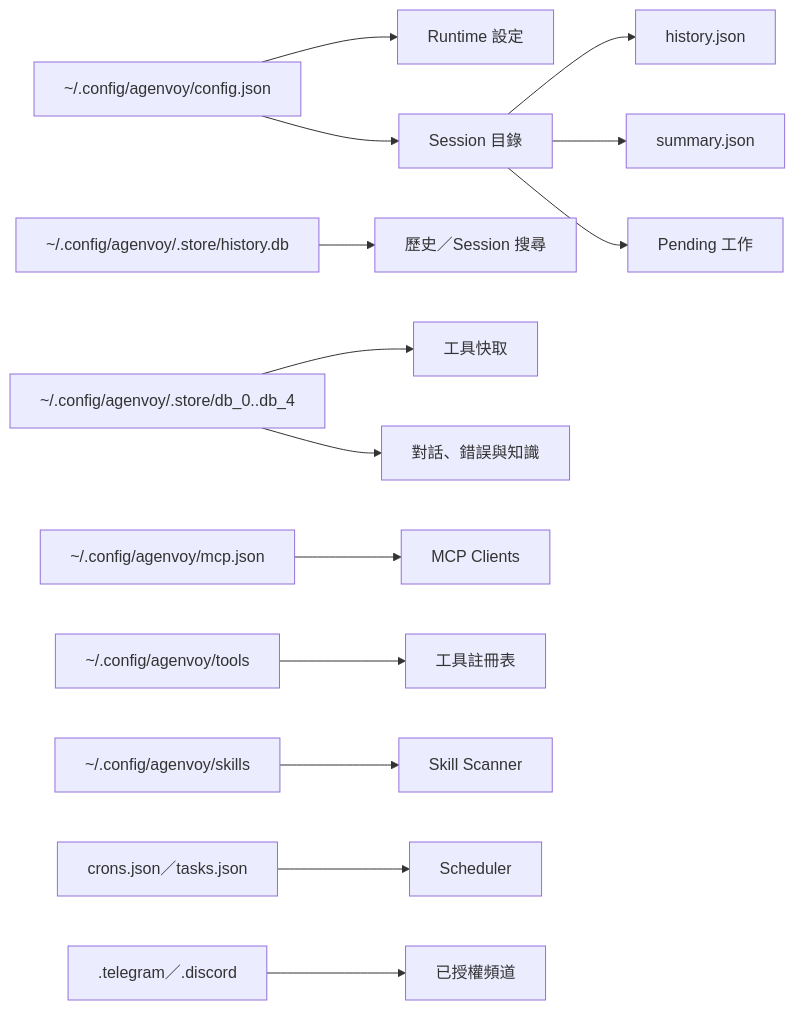
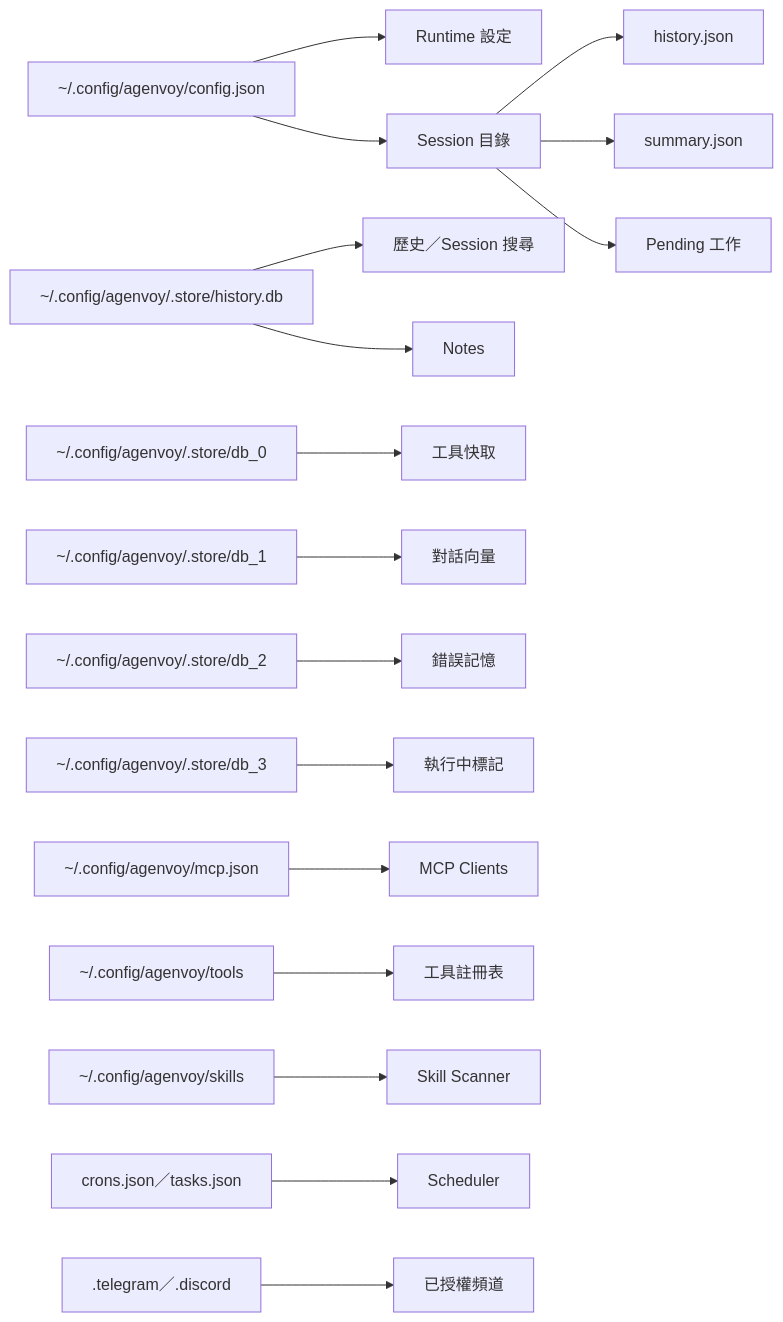
The ninth of 9 diagrams in doc/architecture.zh.md (agenvoy/Agenvoy), drawn with Mermaid before and after one commit. The commit also changed other lines of this file and 3 other files, not shown here.

Commit message:
doc: Document renamed quota and note APIs and storage architecture

````diff
--- a/doc/architecture.zh.md
+++ b/doc/architecture.zh.md
@@ -187,16 +184,19 @@
 ```mermaid
 flowchart LR
     Config[~/.config/agenvoy/config.json] --> Runtime[Runtime 設定]
     Config --> Sessions[Session 目錄]
     Sessions --> History[history.json]
     Sessions --> Summary[summary.json]
     Sessions --> Pending[Pending 工作]
     SQLite[~/.config/agenvoy/.store/history.db] --> Search[歷史／Session 搜尋]
-    Torii[~/.config/agenvoy/.store/db_0..db_4] --> Cache[工具快取]
-    Torii --> Vectors[對話、錯誤與知識]
+    SQLite --> Notes[Notes]
+    Torii0[~/.config/agenvoy/.store/db_0] --> ToolCache[工具快取]
+    Torii1[~/.config/agenvoy/.store/db_1] --> SessionMemory[對話向量]
+    Torii2[~/.config/agenvoy/.store/db_2] --> ErrorMemory[錯誤記憶]
+    Torii3[~/.config/agenvoy/.store/db_3] --> Online[執行中標記]
     MCP[~/.config/agenvoy/mcp.json] --> MCPClients[MCP Clients]
     Tools[~/.config/agenvoy/tools] --> Registry[工具註冊表]
     Skills[~/.config/agenvoy/skills] --> Scanner[Skill Scanner]
     Schedules[crons.json／tasks.json] --> Scheduler[Scheduler]
     Auth[.telegram／.discord] --> Channels[已授權頻道]
 ```
````
